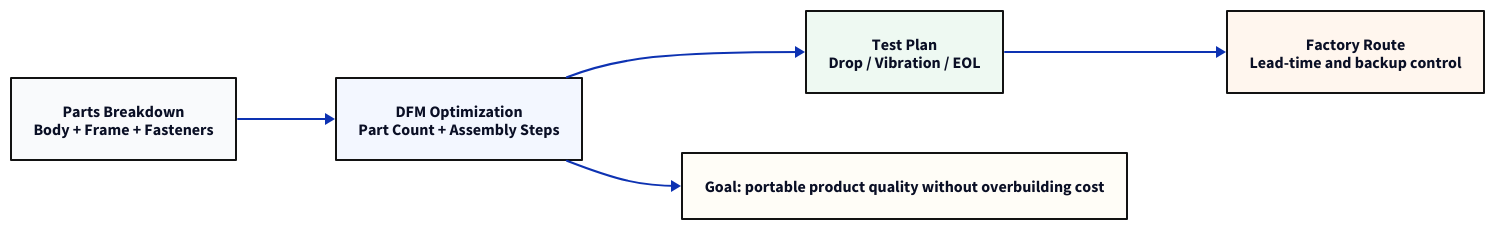
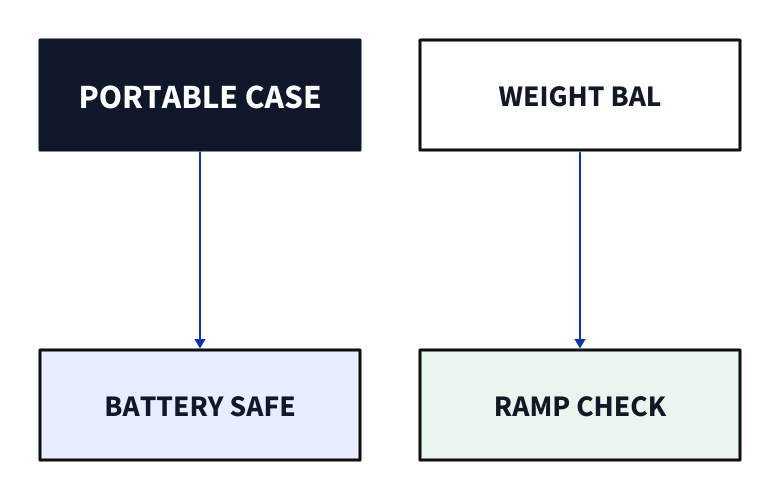
One commit to shenlian583-afk/tianan changed the diagram in assets/covers/d2/cover-portable.d2. Above: the diagram before and after it, drawn with D2. The commit also changed 23 other files, not shown here.

```diff
--- a/assets/covers/d2/cover-portable.d2
+++ b/assets/covers/d2/cover-portable.d2
@@ -1,42 +1,58 @@
-direction: right
+direction: down
 
-parts: {
-  label: "Parts Breakdown\nBody + Frame + Fasteners"
-  style.fill: "#F9FAFC"
-  style.stroke: "#121212"
-  style.stroke-width: 2
+r1: {
+  label: ""
+  style.stroke-width: 0
+  style.fill: "transparent"
+  direction: right
+  a: {
+    label: "PORTABLE CASE"
+    width: 320
+    height: 110
+    style.fill: "#0F172A"
+    style.stroke: "#0F172A"
+    style.stroke-width: 3
+    style.font-color: "#FFFFFF"
+    style.font-size: 34
+  }
+  b: {
+    label: "WEIGHT BAL"
+    width: 320
+    height: 110
+    style.fill: "#FFFFFF"
+    style.stroke: "#101010"
+    style.stroke-width: 3
+    style.font-size: 30
+    style.font-color: "#111827"
+  }
 }
 
-optimization: {
-  label: "DFM Optimization\nPart Count + Assembly Steps"
-  style.fill: "#F3F7FF"
-  style.stroke: "#121212"
-  style.stroke-width: 2
+r2: {
+  label: ""
+  style.stroke-width: 0
+  style.fill: "transparent"
+  direction: right
+  c: {
+    label: "BATTERY SAFE"
+    width: 320
+    height: 110
+    style.fill: "#E7EEFF"
+    style.stroke: "#101010"
+    style.stroke-width: 3
+    style.font-size: 30
+    style.font-color: "#111827"
+  }
+  d: {
+    label: "RAMP CHECK"
+    width: 320
+    height: 110
+    style.fill: "#E8F6EE"
+    style.stroke: "#101010"
+    style.stroke-width: 3
+    style.font-size: 30
+    style.font-color: "#111827"
+  }
 }
 
-testplan: {
-  label: "Test Plan\nDrop / Vibration / EOL"
-  style.fill: "#EEF9F2"
-  style.stroke: "#121212"
-  style.stroke-width: 2
-}
-
-factory: {
-  label: "Factory Route\nLead-time and backup control"
-  style.fill: "#FFF6EE"
-  style.stroke: "#121212"
-  style.stroke-width: 2
-}
-
-parts -> optimization
-optimization -> testplan
-testplan -> factory
-
-note: {
-  label: "Goal: portable product quality without overbuilding cost"
-  style.fill: "#FFFDF7"
-  style.stroke: "#121212"
-  style.stroke-width: 2
-}
-
-optimization -> note
+r1.a -> r2.c
+r1.b -> r2.d
```
